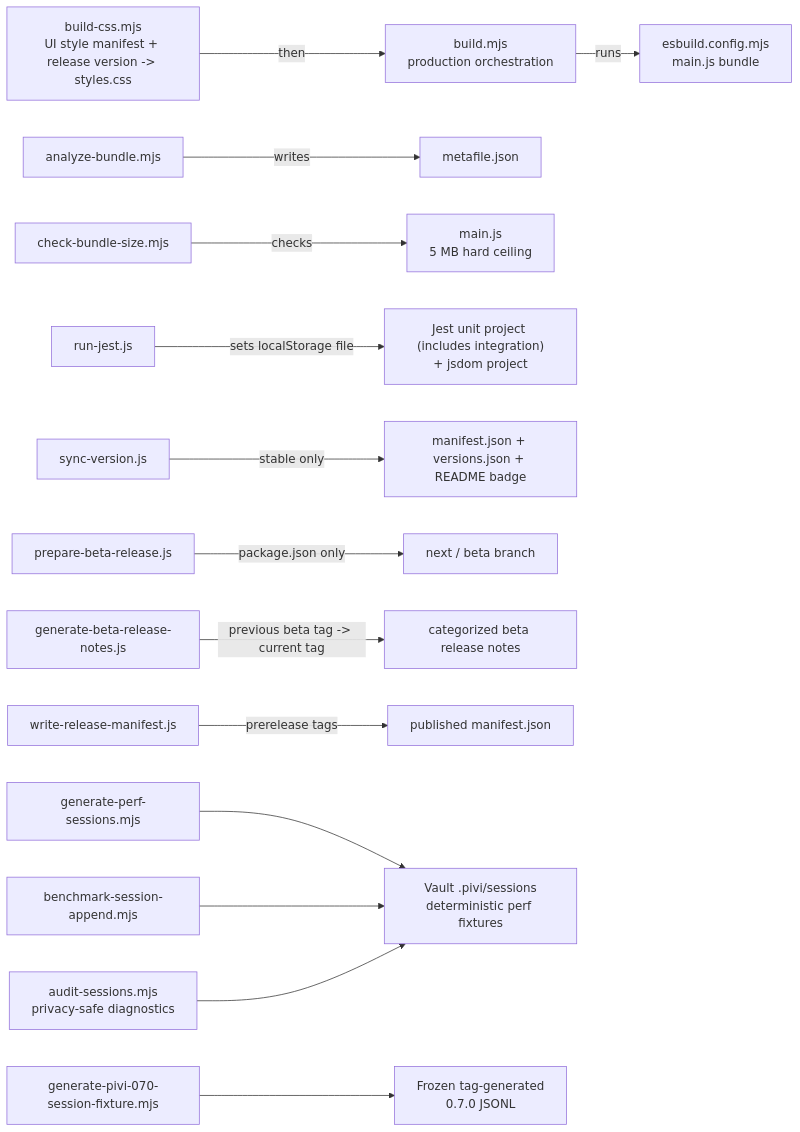
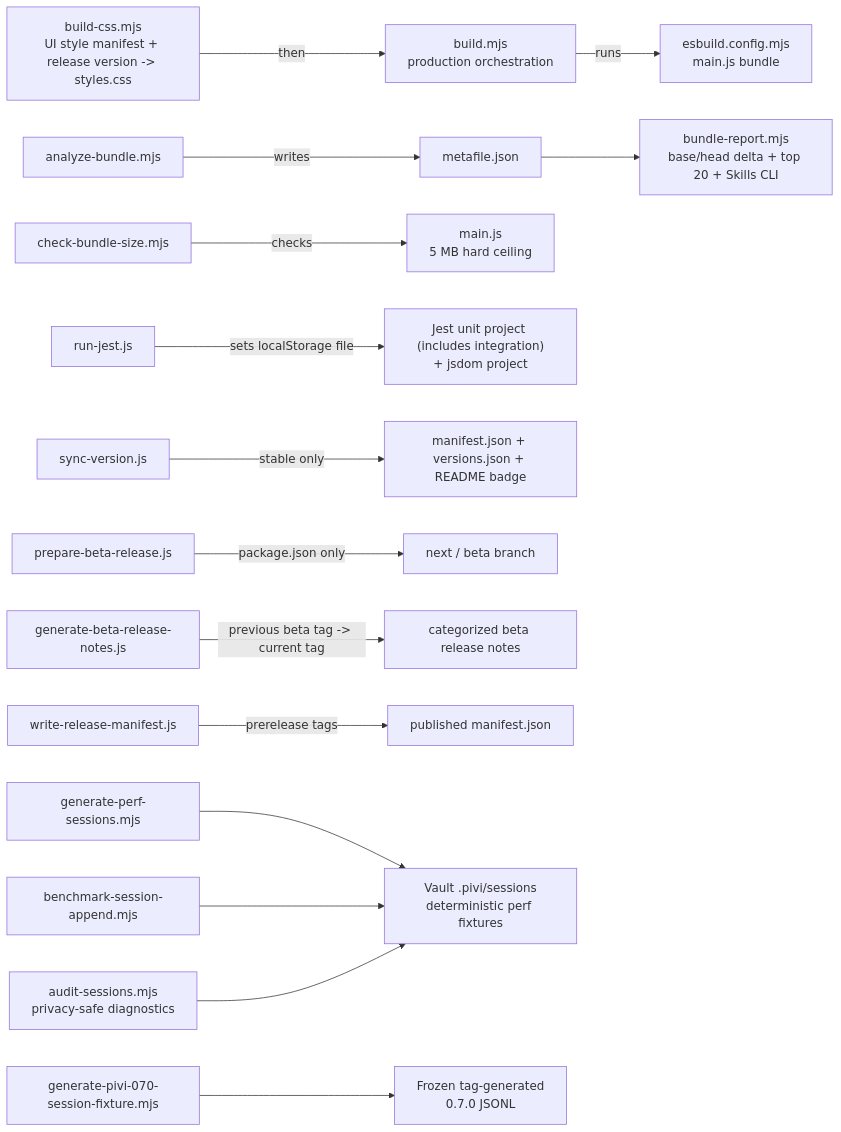
One commit to shuuul/obsidian-pivi changed the diagram in scripts/AGENTS.md. Above: the diagram before and after it, drawn with Mermaid. The commit also changed other lines of this file and 36 other files, not shown here.

````diff
--- a/scripts/AGENTS.md
+++ b/scripts/AGENTS.md
@@ -9,16 +9,17 @@
 ```mermaid
 flowchart LR
   CSS["build-css.mjs<br/>UI style manifest + release version -> styles.css"] -- "then" --> Build["build.mjs<br/>production orchestration"]
   Build -- "runs" --> Esbuild["esbuild.config.mjs<br/>main.js bundle"]
   Analyze["analyze-bundle.mjs"] -- "writes" --> Meta["metafile.json"]
+  Meta --> Report["bundle-report.mjs<br/>base/head delta + top 20 + Skills CLI"]
   BundleSize["check-bundle-size.mjs"] -- "checks" --> Bundle["main.js<br/>5 MB hard ceiling"]
   Jest["run-jest.js"] -- "sets localStorage file" --> Tests["Jest unit project (includes integration)<br/>+ jsdom project"]
   Version["sync-version.js"] -- "stable only" --> Manifest["manifest.json + versions.json + README badge"]
   BetaVersion["prepare-beta-release.js"] -- "package.json only" --> NextBranch["next / beta branch"]
   BetaNotes["generate-beta-release-notes.js"] -- "previous beta tag -> current tag" --> GitHubPrerelease["categorized beta release notes"]
   ReleaseManifest["write-release-manifest.js"] -- "prerelease tags" --> ReleaseAsset["published manifest.json"]
   Fixtures["generate-perf-sessions.mjs"] --> Sessions["Vault .pivi/sessions<br/>deterministic perf fixtures"]
   Provenance["generate-pivi-070-session-fixture.mjs"] --> Frozen["Frozen tag-generated<br/>0.7.0 JSONL"]
   AppendBench["benchmark-session-append.mjs"] --> Sessions
   Audit["audit-sessions.mjs<br/>privacy-safe diagnostics"] --> Sessions
 ```
````
